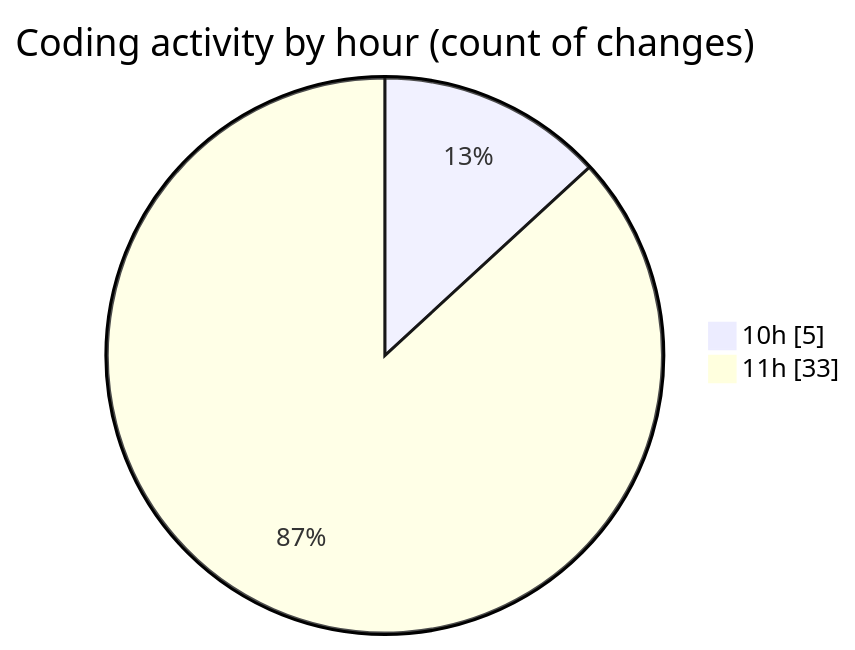
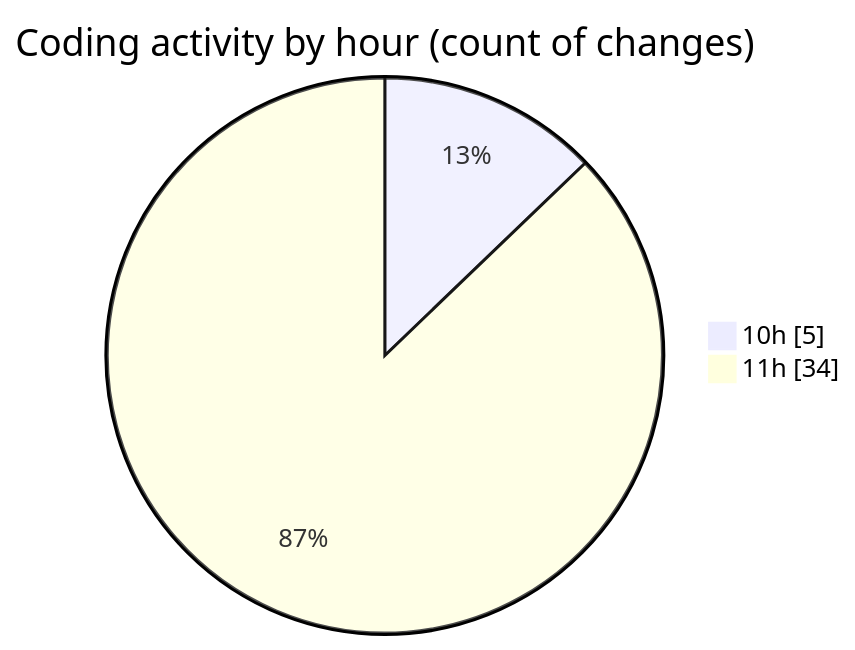
The second of 2 diagrams in 2025-07-07/cda/README.md (momahboobian/code-tracking), drawn with Mermaid before and after one commit. The commit also changed other lines of this file and 1 other file, not shown here.

````diff
--- a/2025-07-07/cda/README.md
+++ b/2025-07-07/cda/README.md
@@ -35,6 +35,6 @@
 ```mermaid
 pie showData
 title Coding activity by hour (count of changes)
 "10h" : 5
-"11h" : 33
+"11h" : 34
 ```
````
